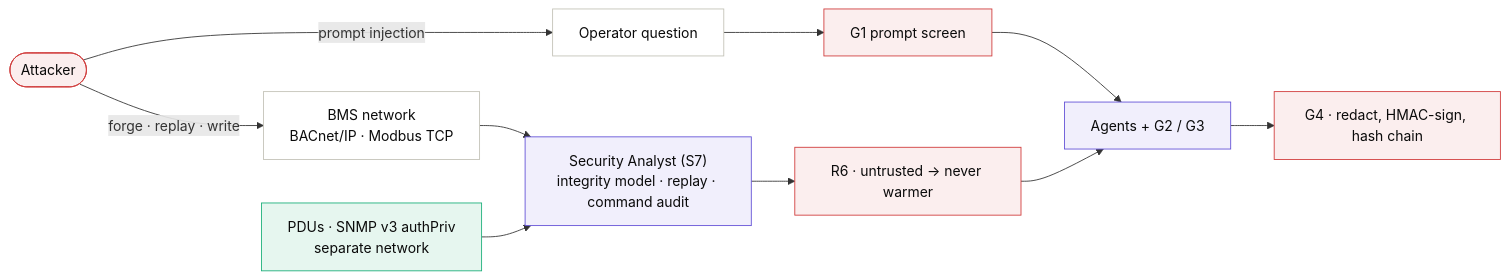
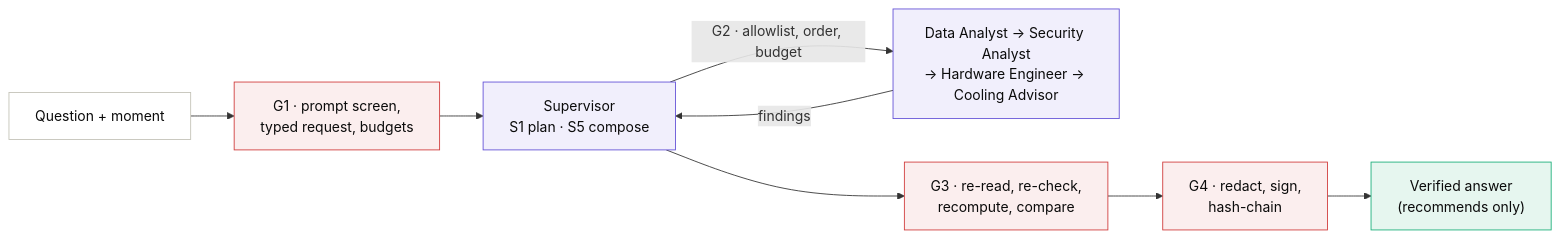
The second of 2 diagrams in README.md (NuBFightForMyDream/2110582_AIApps_Project_PredictiveCoolingForDataCenter), drawn with Mermaid before and after one commit. The commit also changed other lines of this file and 26 other files, not shown here.

````diff
--- a/README.md
+++ b/README.md
@@ -458,16 +115,11 @@
 ```mermaid
 flowchart LR
-    ATK(["Attacker"]):::guard -->|"forge · replay · write"| BMS["BMS network<br/>BACnet/IP · Modbus TCP"]:::step
-    ATK -->|"prompt injection"| UI["Operator question"]:::step
-    BMS --> SA["Security Analyst (S7)<br/>integrity model · replay · command audit"]:::agent
-    PDU["PDUs · SNMP v3 authPriv<br/>separate network"]:::ok --> SA
-    UI --> G1["G1 prompt screen"]:::guard
-    SA --> R6["R6 · untrusted → never warmer"]:::guard
-    G1 --> AG["Agents + G2 / G3"]:::agent
-    R6 --> AG
-    AG --> G4["G4 · redact, HMAC-sign, hash chain"]:::guard
+    Q["Question + moment"]:::step --> G1["G1 · prompt screen,<br/>typed request, budgets"]:::guard --> SUP["Supervisor<br/>S1 plan · S5 compose"]:::agent
+    SUP -->|"G2 · allowlist, order, budget"| W["Data Analyst → Security Analyst<br/>→ Hardware Engineer → Cooling Advisor"]:::agent
+    W -->|"findings"| SUP
+    SUP --> G3["G3 · re-read, re-check,<br/>recompute, compare"]:::guard --> G4["G4 · redact, sign,<br/>hash-chain"]:::guard --> A["Verified answer<br/>(recommends only)"]:::ok
     classDef step fill:#ffffff,stroke:#c3c2b7,color:#0b0b0b
+    classDef guard fill:#fbeeee,stroke:#d03b3b,color:#0b0b0b
     classDef ok fill:#e6f6ef,stroke:#1baf7a,color:#0b0b0b
-    classDef guard fill:#fbeeee,stroke:#d03b3b,color:#0b0b0b
     classDef agent fill:#f1effc,stroke:#6250d6,color:#0b0b0b
 ```
````
